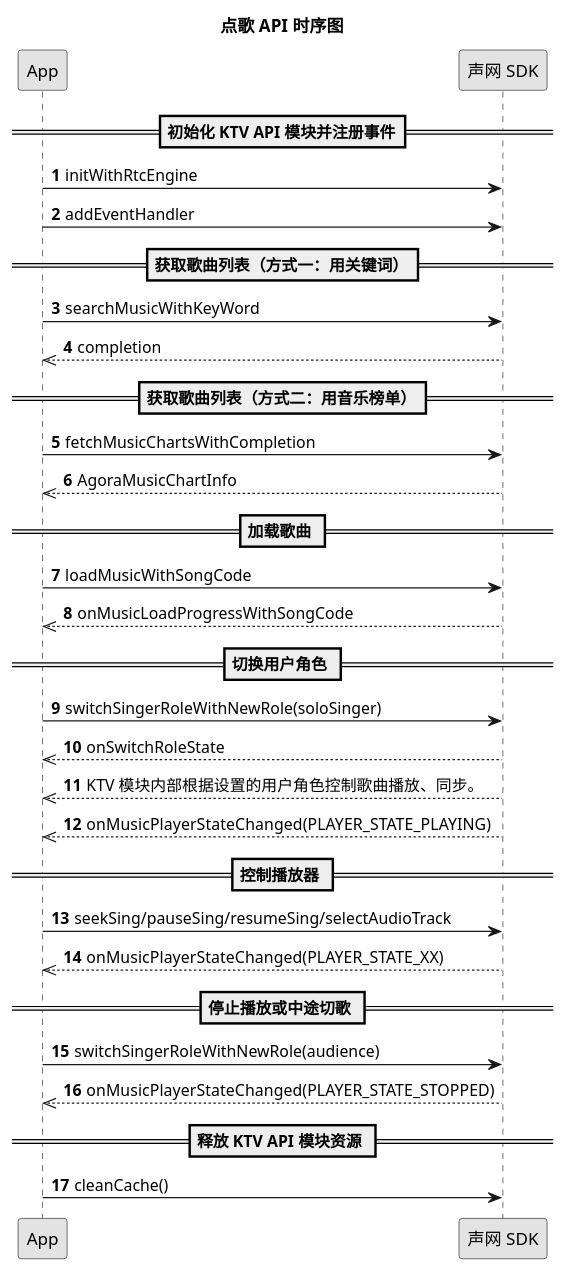
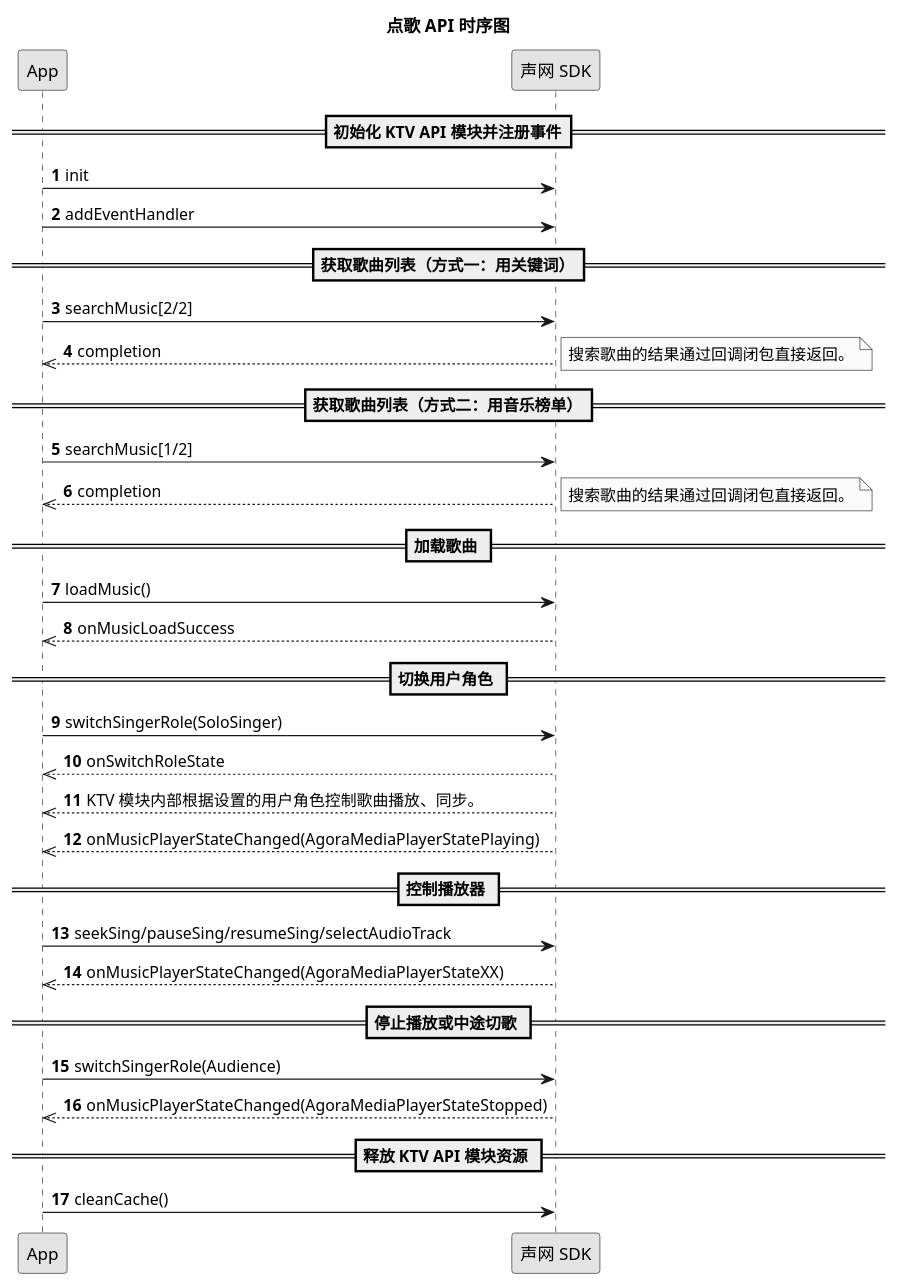
Before and after one commit to AgoraIO/agora_doc_source: the diagram in markdown/online-ktv/改进/场景化方案/iOS/实现文档/点歌.wsd, drawn with PlantUML. The commit also changed 4 other files, not shown here.

```diff
--- a/markdown/online-ktv/改进/场景化方案/iOS/实现文档/点歌.wsd
+++ b/markdown/online-ktv/改进/场景化方案/iOS/实现文档/点歌.wsd
@@ -1,32 +1,38 @@
 @startuml
 title 点歌 API 时序图
 autonumber
 skinparam monochrome true
 participant "App" as a
 participant "声网 SDK" as b
 == 初始化 KTV API 模块并注册事件==
-a -> b: initWithRtcEngine
+a -> b: init
 a -> b: addEventHandler
 == 获取歌曲列表（方式一：用关键词）==
-a -> b: searchMusicWithKeyWord
+a -> b: searchMusic[2/2]
 b -->> a: completion
+note right
+搜索歌曲的结果通过回调闭包直接返回。
+end note
 == 获取歌曲列表（方式二：用音乐榜单）==
-a -> b: fetchMusicChartsWithCompletion
-b -->> a: AgoraMusicChartInfo
+a -> b: searchMusic[1/2]
+b -->> a: completion
+note right
+搜索歌曲的结果通过回调闭包直接返回。
+end note
 == 加载歌曲 ==
-a -> b: loadMusicWithSongCode
-b -->> a: onMusicLoadProgressWithSongCode
+a -> b: loadMusic()
+b -->> a: onMusicLoadSuccess
 == 切换用户角色 ==
-a -> b: switchSingerRoleWithNewRole(soloSinger)
+a -> b: switchSingerRole(SoloSinger)
 b -->> a:onSwitchRoleState
 b -->> a: KTV 模块内部根据设置的用户角色控制歌曲播放、同步。
-b -->> a:onMusicPlayerStateChanged(PLAYER_STATE_PLAYING)
+b -->> a:onMusicPlayerStateChanged(AgoraMediaPlayerStatePlaying)
 == 控制播放器 ==
 a ->b: seekSing/pauseSing/resumeSing/selectAudioTrack
-b -->> a: onMusicPlayerStateChanged(PLAYER_STATE_XX)
+b -->> a: onMusicPlayerStateChanged(AgoraMediaPlayerStateXX)
 == 停止播放或中途切歌 ==
-a -> b: switchSingerRoleWithNewRole(audience)
-b -->> a: onMusicPlayerStateChanged(PLAYER_STATE_STOPPED)
+a -> b: switchSingerRole(Audience)
+b -->> a: onMusicPlayerStateChanged(AgoraMediaPlayerStateStopped)
 == 释放 KTV API 模块资源 ==
 a ->b: cleanCache()
 @enduml
```
